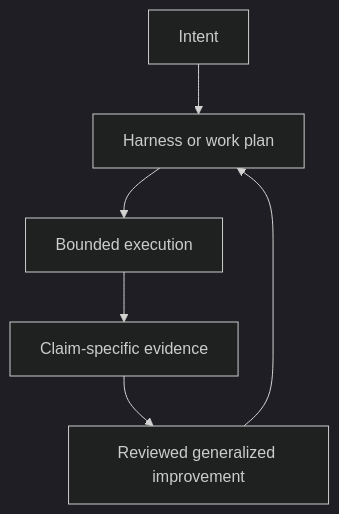
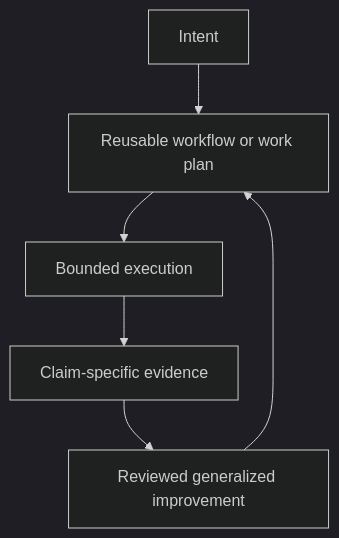
The third of 3 diagrams in docs/example-work-patterns.md (jremick/codexmaxxing), drawn with Mermaid (dark theme) before and after one commit. The commit also changed other lines of this file and 38 other files, not shown here.

````diff
--- a/docs/example-work-patterns.md
+++ b/docs/example-work-patterns.md
@@ -90,8 +90,8 @@
 ```mermaid
 flowchart TD
-  A["Intent"] --> B["Harness or work plan"]
+  A["Intent"] --> B["Reusable workflow or work plan"]
   B --> C["Bounded execution"]
   C --> D["Claim-specific evidence"]
   D --> E["Reviewed generalized improvement"]
   E --> B
 ```
````
